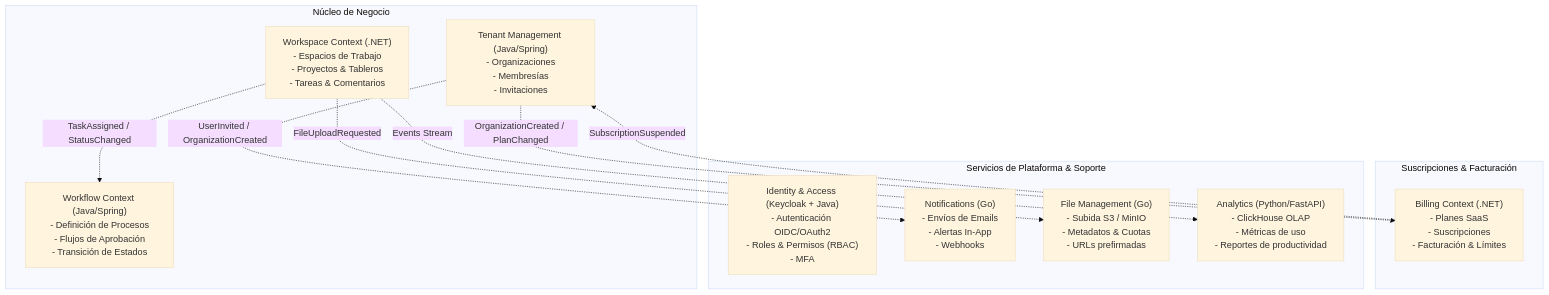
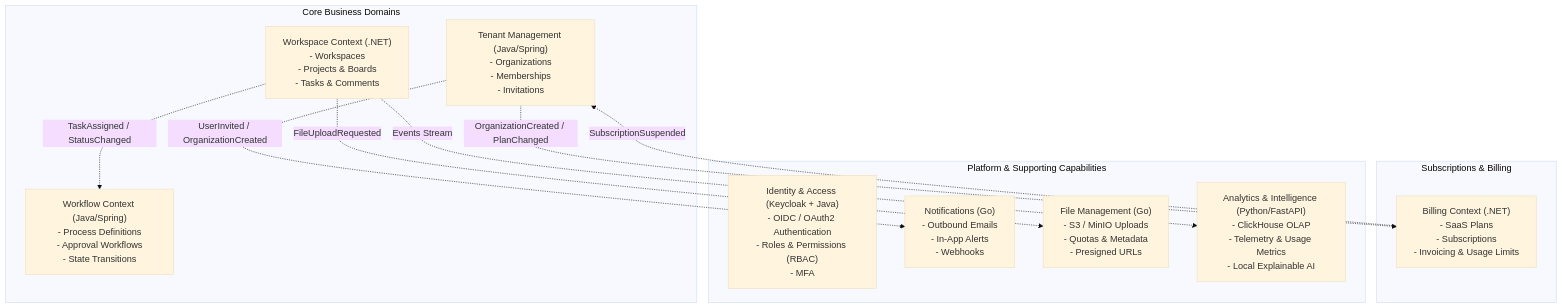
One commit to daniel2004-lsd/worksphere-docs changed the diagram in 02-domain/domain-map.md. Above: the diagram before and after it, drawn with Mermaid (base theme). The commit also changed other lines of this file and 22 other files, not shown here.

Commit message:
docs(all): complete english enterprise architecture, security policy, non-functional requirements and EcoRuteandoDb liquibase governance (#4)

````diff
--- a/02-domain/domain-map.md
+++ b/02-domain/domain-map.md
@@ -9,26 +13,26 @@
 ```mermaid
 flowchart TD
-    subgraph Core["Núcleo de Negocio"]
-        TM["Tenant Management (Java/Spring)<br/>- Organizaciones<br/>- Membresías<br/>- Invitaciones"]
-        WS["Workspace Context (.NET)<br/>- Espacios de Trabajo<br/>- Proyectos & Tableros<br/>- Tareas & Comentarios"]
-        WF["Workflow Context (Java/Spring)<br/>- Definición de Procesos<br/>- Flujos de Aprobación<br/>- Transición de Estados"]
+    subgraph Core["Core Business Domains"]
+        TM["Tenant Management (Java/Spring)<br/>- Organizations<br/>- Memberships<br/>- Invitations"]
+        WS["Workspace Context (.NET)<br/>- Workspaces<br/>- Projects & Boards<br/>- Tasks & Comments"]
+        WF["Workflow Context (Java/Spring)<br/>- Process Definitions<br/>- Approval Workflows<br/>- State Transitions"]
     end
 
-    subgraph Monetization["Suscripciones & Facturación"]
-        BL["Billing Context (.NET)<br/>- Planes SaaS<br/>- Suscripciones<br/>- Facturación & Límites"]
+    subgraph Monetization["Subscriptions & Billing"]
+        BL["Billing Context (.NET)<br/>- SaaS Plans<br/>- Subscriptions<br/>- Invoicing & Usage Limits"]
     end
 
-    subgraph Platform["Servicios de Plataforma & Soporte"]
-        ID["Identity & Access (Keycloak + Java)<br/>- Autenticación OIDC/OAuth2<br/>- Roles & Permisos (RBAC)<br/>- MFA"]
-        NT["Notifications (Go)<br/>- Envíos de Emails<br/>- Alertas In-App<br/>- Webhooks"]
-        FM["File Management (Go)<br/>- Subida S3 / MinIO<br/>- Metadatos & Cuotas<br/>- URLs prefirmadas"]
-        AN["Analytics (Python/FastAPI)<br/>- ClickHouse OLAP<br/>- Métricas de uso<br/>- Reportes de productividad"]
+    subgraph Platform["Platform & Supporting Capabilities"]
+        ID["Identity & Access (Keycloak + Java)<br/>- OIDC / OAuth2 Authentication<br/>- Roles & Permissions (RBAC)<br/>- MFA"]
+        NT["Notifications (Go)<br/>- Outbound Emails<br/>- In-App Alerts<br/>- Webhooks"]
+        FM["File Management (Go)<br/>- S3 / MinIO Uploads<br/>- Quotas & Metadata<br/>- Presigned URLs"]
+        AN["Analytics & Intelligence (Python/FastAPI)<br/>- ClickHouse OLAP<br/>- Telemetry & Usage Metrics<br/>- Local Explainable AI"]
     end
 
     TM -.->|"OrganizationCreated / PlanChanged"| BL
     TM -.->|"UserInvited / OrganizationCreated"| NT
     WS -.->|"TaskAssigned / StatusChanged"| WF
     WS -.->|"FileUploadRequested"| FM
     BL -.->|"SubscriptionSuspended"| TM
     WS -.->|"Events Stream"| AN
 ```
````
